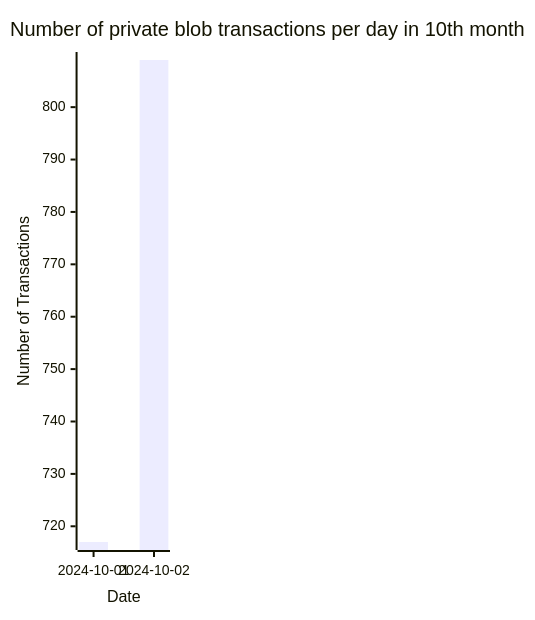
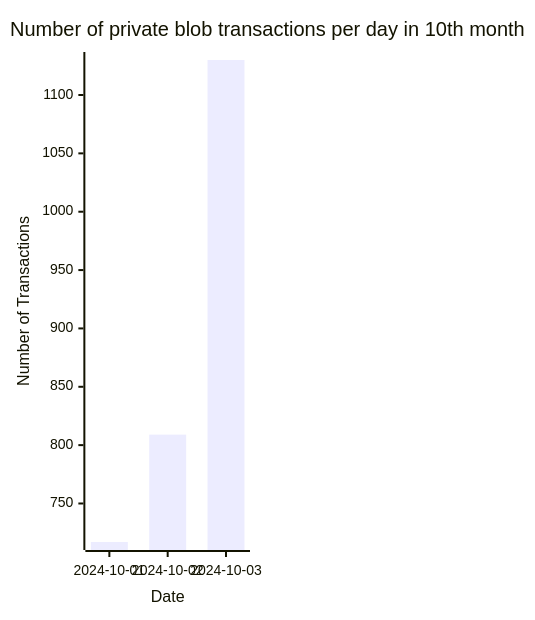
The eighth of 8 diagrams in README.md (Amit0617/eip4844-data), drawn with Mermaid before and after one commit. The commit also changed 1 other file, not shown here.

````diff
--- a/README.md
+++ b/README.md
@@ -92,12 +92,12 @@
 ```mermaid
 ---
 config:
     xyChart:
-        width: 160
+        width: 240
         height: 600
 ---
 xychart-beta title "Number of private blob transactions per day in 10th month"
-x-axis "Date" [2024-10-01,2024-10-02]
+x-axis "Date" [2024-10-01,2024-10-02,2024-10-03]
 y-axis "Number of Transactions"
-bar[717,809]
+bar[717,809,1130]
 ```
````
